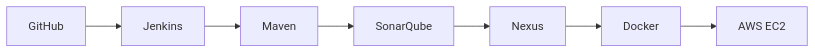
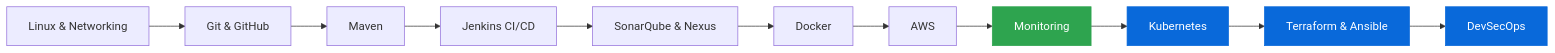
The fourth of 4 diagrams in README.md (surendra-kumar-07/surendra-kumar-07), drawn with Mermaid before and after one commit. The commit also changed other lines of this file, not shown here.

````diff
--- a/README.md
+++ b/README.md
@@ -52,9 +181,8 @@
 ```mermaid
 flowchart LR
-    A[GitHub] --> B[Jenkins]
-    B --> C[Maven]
-    C --> D[SonarQube]
-    D --> E[Nexus]
-    E --> F[Docker]
-    F --> G[AWS EC2]
+    A[Linux & Networking] --> B[Git & GitHub] --> C[Maven] --> D[Jenkins CI/CD]
+    D --> E[SonarQube & Nexus] --> F[Docker] --> G[AWS]
+    G --> H[Monitoring]:::done --> I[Kubernetes]:::next --> J[Terraform & Ansible]:::next --> K[DevSecOps]:::next
+    classDef done fill:#2ea44f,color:#fff,stroke:#2ea44f
+    classDef next fill:#0969da,color:#fff,stroke:#0969da
 ```
````
